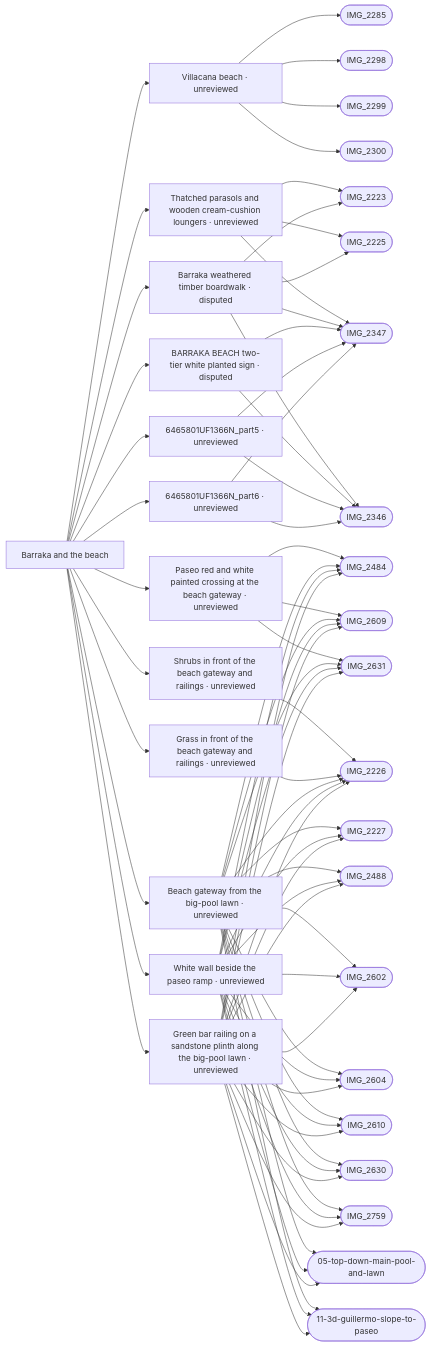
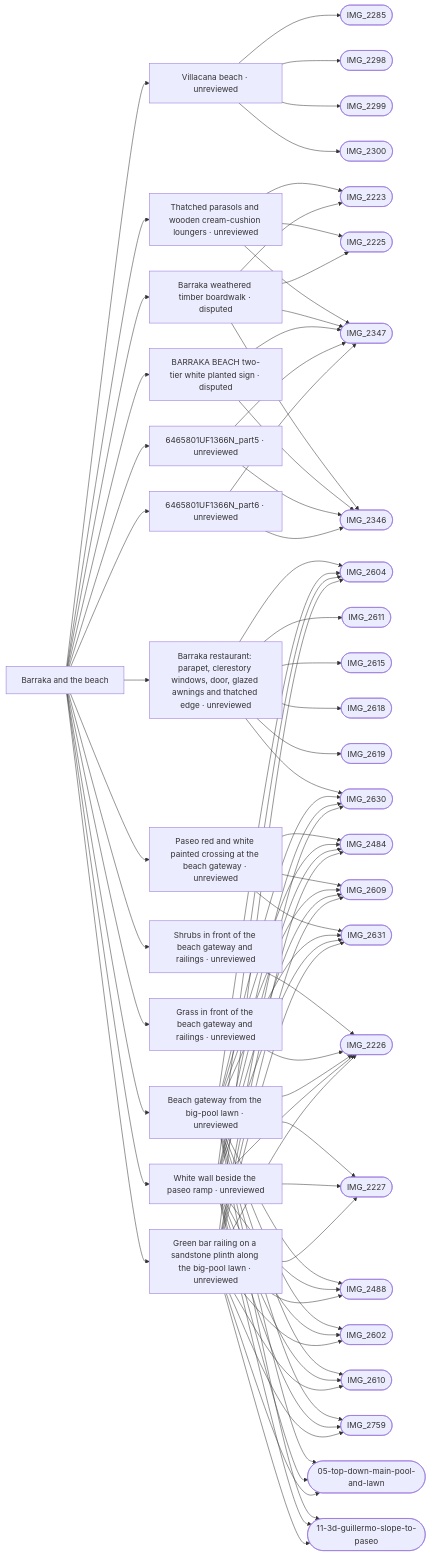
Before and after one commit to daveyboyc/villacana-venture: the diagram in refs/areas/barraka-beach.md, drawn with Mermaid. The commit also changed other lines of this file and 54 other files, not shown here.

First line of the commit message:
Raise Barraka's parapet and add the photographed facade.

````diff
--- a/refs/areas/barraka-beach.md
+++ b/refs/areas/barraka-beach.md
@@ -70,35 +70,28 @@
   A --> F3["BARRAKA BEACH two-tier white planted sign · disputed"]
   F3 --> PIMG_2346_jpg(["IMG_2346"])
   F3 --> PIMG_2347_jpg(["IMG_2347"])
-  A --> F4["Paseo red and white painted crossing at the beach gateway · unreviewed"]
-  F4 --> PIMG_2484_jpg(["IMG_2484"])
-  F4 --> PIMG_2609_jpg(["IMG_2609"])
-  F4 --> PIMG_2631_jpg(["IMG_2631"])
-  A --> F5["Shrubs in front of the beach gateway and railings · unreviewed"]
-  F5 --> PIMG_2226_jpg(["IMG_2226"])
-  A --> F6["Grass in front of the beach gateway and railings · unreviewed"]
+  A --> F4["Barraka restaurant: parapet, clerestory windows, door, glazed awnings and thatched edge · unreviewed"]
+  F4 --> PIMG_2604_jpg(["IMG_2604"])
+  F4 --> PIMG_2611_jpg(["IMG_2611"])
+  F4 --> PIMG_2615_jpg(["IMG_2615"])
+  F4 --> PIMG_2618_jpg(["IMG_2618"])
+  F4 --> PIMG_2619_jpg(["IMG_2619"])
+  F4 --> PIMG_2630_jpg(["IMG_2630"])
+  A --> F5["Paseo red and white painted crossing at the beach gateway · unreviewed"]
+  F5 --> PIMG_2484_jpg(["IMG_2484"])
+  F5 --> PIMG_2609_jpg(["IMG_2609"])
+  F5 --> PIMG_2631_jpg(["IMG_2631"])
+  A --> F6["Shrubs in front of the beach gateway and railings · unreviewed"]
   F6 --> PIMG_2226_jpg(["IMG_2226"])
-  A --> F7["6465801UF1366N_part5 · unreviewed"]
-  F7 --> PIMG_2346_jpg(["IMG_2346"])
-  F7 --> PIMG_2347_jpg(["IMG_2347"])
-  A --> F8["6465801UF1366N_part6 · unreviewed"]
+  A --> F7["Grass in front of the beach gateway and railings · unreviewed"]
+  F7 --> PIMG_2226_jpg(["IMG_2226"])
+  A --> F8["6465801UF1366N_part5 · unreviewed"]
   F8 --> PIMG_2346_jpg(["IMG_2346"])
   F8 --> PIMG_2347_jpg(["IMG_2347"])
-  A --> F9["Beach gateway from the big-pool lawn · unreviewed"]
-  F9 --> PIMG_2226_jpg(["IMG_2226"])
-  F9 --> PIMG_2227_jpg(["IMG_2227"])
-  F9 --> PIMG_2484_jpg(["IMG_2484"])
-  F9 --> PIMG_2488_jpg(["IMG_2488"])
-  F9 --> PIMG_2602_jpg(["IMG_2602"])
-  F9 --> PIMG_2604_jpg(["IMG_2604"])
-  F9 --> PIMG_2609_jpg(["IMG_2609"])
-  F9 --> PIMG_2610_jpg(["IMG_2610"])
-  F9 --> PIMG_2630_jpg(["IMG_2630"])
-  F9 --> PIMG_2631_jpg(["IMG_2631"])
-  F9 --> PIMG_2759_jpg(["IMG_2759"])
-  F9 --> Pref_apple_maps_05_top_down_main_pool_and_lawn_png(["05-top-down-main-pool-and-lawn"])
-  F9 --> Pref_apple_maps_11_3d_guillermo_slope_to_paseo_png(["11-3d-guillermo-slope-to-paseo"])
-  A --> F10["White wall beside the paseo ramp · unreviewed"]
+  A --> F9["6465801UF1366N_part6 · unreviewed"]
+  F9 --> PIMG_2346_jpg(["IMG_2346"])
+  F9 --> PIMG_2347_jpg(["IMG_2347"])
+  A --> F10["Beach gateway from the big-pool lawn · unreviewed"]
   F10 --> PIMG_2226_jpg(["IMG_2226"])
   F10 --> PIMG_2227_jpg(["IMG_2227"])
   F10 --> PIMG_2484_jpg(["IMG_2484"])
@@ -112,7 +105,7 @@
   F10 --> PIMG_2759_jpg(["IMG_2759"])
   F10 --> Pref_apple_maps_05_top_down_main_pool_and_lawn_png(["05-top-down-main-pool-and-lawn"])
   F10 --> Pref_apple_maps_11_3d_guillermo_slope_to_paseo_png(["11-3d-guillermo-slope-to-paseo"])
-  A --> F11["Green bar railing on a sandstone plinth along the big-pool lawn · unreviewed"]
+  A --> F11["White wall beside the paseo ramp · unreviewed"]
   F11 --> PIMG_2226_jpg(["IMG_2226"])
   F11 --> PIMG_2227_jpg(["IMG_2227"])
   F11 --> PIMG_2484_jpg(["IMG_2484"])
@@ -126,4 +119,18 @@
   F11 --> PIMG_2759_jpg(["IMG_2759"])
   F11 --> Pref_apple_maps_05_top_down_main_pool_and_lawn_png(["05-top-down-main-pool-and-lawn"])
   F11 --> Pref_apple_maps_11_3d_guillermo_slope_to_paseo_png(["11-3d-guillermo-slope-to-paseo"])
+  A --> F12["Green bar railing on a sandstone plinth along the big-pool lawn · unreviewed"]
+  F12 --> PIMG_2226_jpg(["IMG_2226"])
+  F12 --> PIMG_2227_jpg(["IMG_2227"])
+  F12 --> PIMG_2484_jpg(["IMG_2484"])
+  F12 --> PIMG_2488_jpg(["IMG_2488"])
+  F12 --> PIMG_2602_jpg(["IMG_2602"])
+  F12 --> PIMG_2604_jpg(["IMG_2604"])
+  F12 --> PIMG_2609_jpg(["IMG_2609"])
+  F12 --> PIMG_2610_jpg(["IMG_2610"])
+  F12 --> PIMG_2630_jpg(["IMG_2630"])
+  F12 --> PIMG_2631_jpg(["IMG_2631"])
+  F12 --> PIMG_2759_jpg(["IMG_2759"])
+  F12 --> Pref_apple_maps_05_top_down_main_pool_and_lawn_png(["05-top-down-main-pool-and-lawn"])
+  F12 --> Pref_apple_maps_11_3d_guillermo_slope_to_paseo_png(["11-3d-guillermo-slope-to-paseo"])
 ```
````
